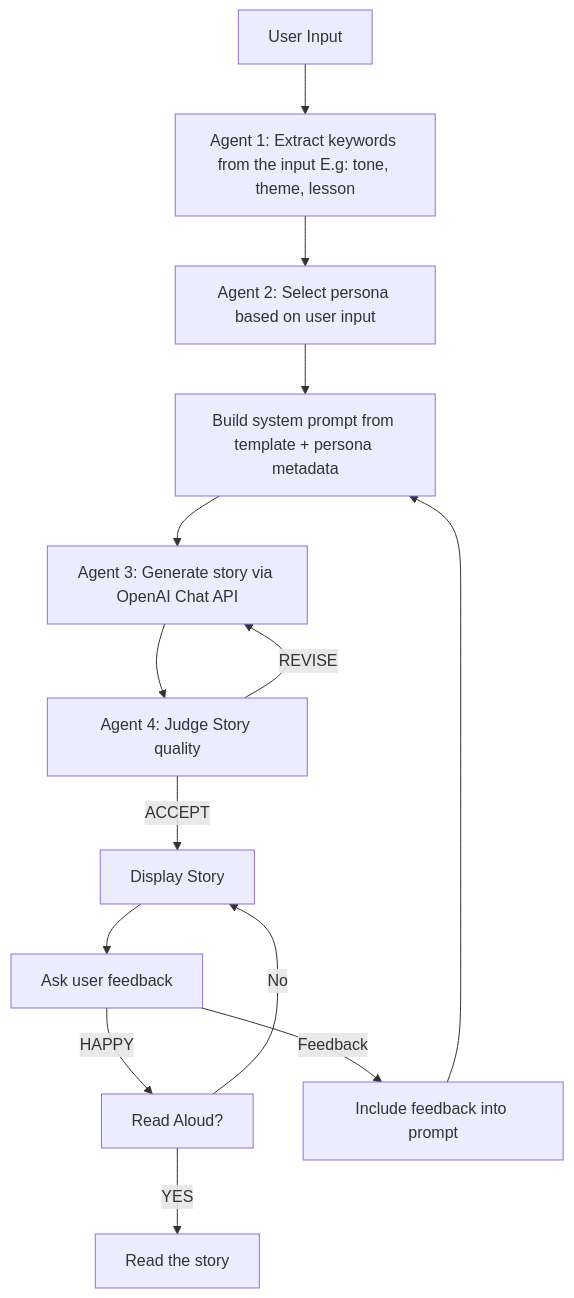
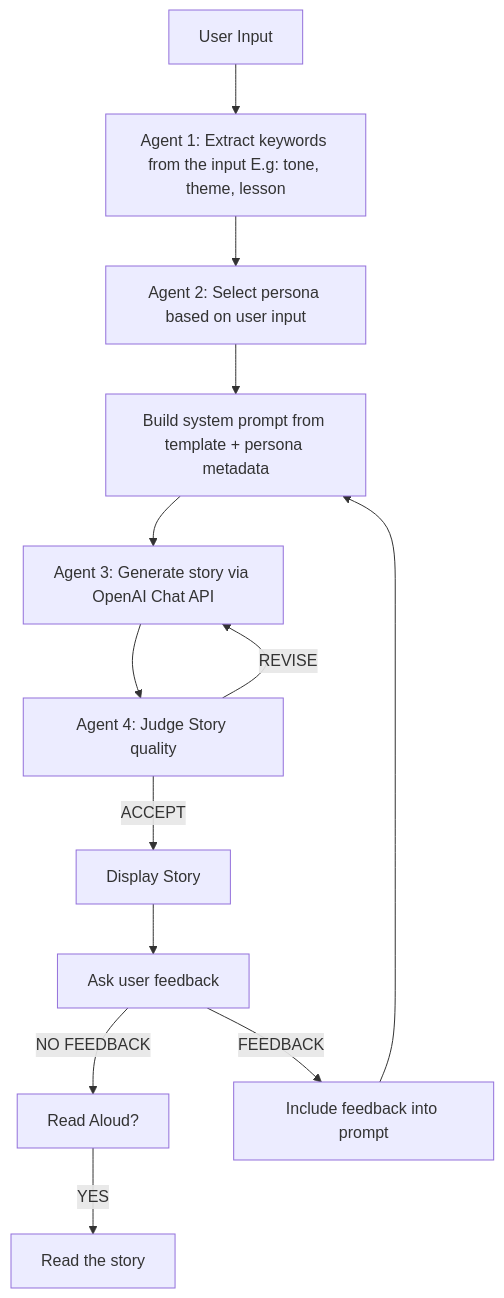
One commit to Deekshita-karingula-01/Multi-Agent-Story-Generator changed the diagram in README.md. Above: the diagram before and after it, drawn with Mermaid.

````diff
--- a/README.md
+++ b/README.md
@@ -38,16 +38,15 @@
 ```mermaid
 flowchart TD
   A[User Input] --> B[Agent 1: Extract keywords from the input E.g: tone, theme, lesson]
   B --> C[Agent 2: Select persona based on user input]
   C --> D[Build system prompt from template + persona metadata]
   D --> E[Agent 3: Generate story via OpenAI Chat API]
   E --> F[Agent 4: Judge Story quality]
   F -- "ACCEPT" --> G[Display Story]
   F -- "REVISE" --> E
   G --> H[Ask user feedback]
-  H -- "HAPPY" --> J[Read Aloud?]
-  H -- "Feedback" --> I[Include feedback into prompt]
+  H -- "NO FEEDBACK" --> J[Read Aloud?]
+  H -- "FEEDBACK" --> I[Include feedback into prompt]
   I --> D
   J -- "YES" --> K[Read the story]
-  J -- "No" --> G
 ```
````
